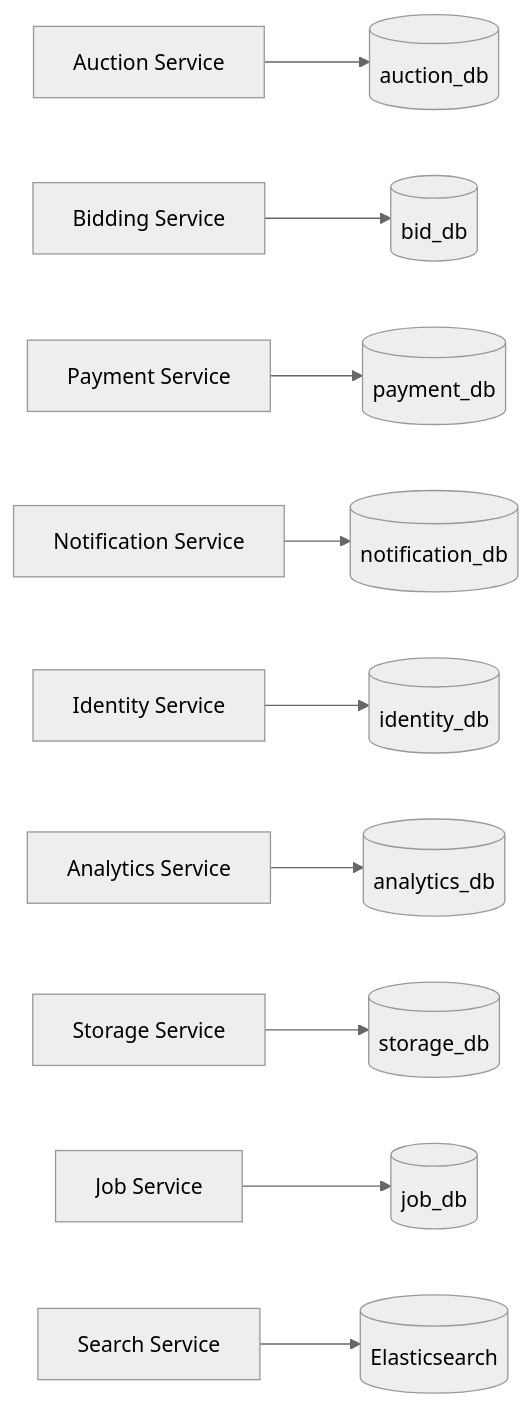
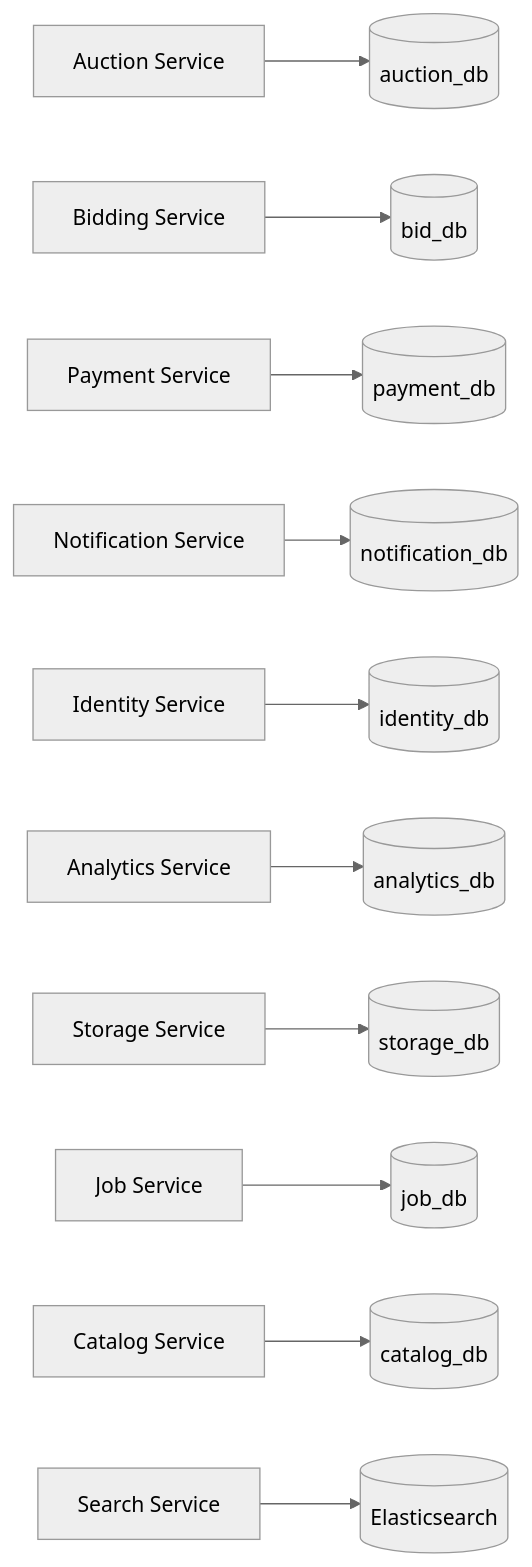
The second of 4 diagrams in docs/architecture.md (blanho/auction-platform-microservices), drawn with Mermaid (neutral theme) before and after one commit. The commit also changed other lines of this file and 5 other files, not shown here.

````diff
--- a/docs/architecture.md
+++ b/docs/architecture.md
@@ -190,12 +196,13 @@
 ```mermaid
 graph LR
     AUC["Auction Service"] --> ADB[("auction_db")]
     BID["Bidding Service"] --> BDB[("bid_db")]
     PAY["Payment Service"] --> PDB[("payment_db")]
     NOT["Notification Service"] --> NDB[("notification_db")]
     IDN["Identity Service"] --> IDB[("identity_db")]
     ANA["Analytics Service"] --> ANDB[("analytics_db")]
     STR["Storage Service"] --> SDB[("storage_db")]
     JOB["Job Service"] --> JDB[("job_db")]
+    CAT["Catalog Service"] --> CDB[("catalog_db")]
     SRC["Search Service"] --> ES[("Elasticsearch")]
 ```
````
